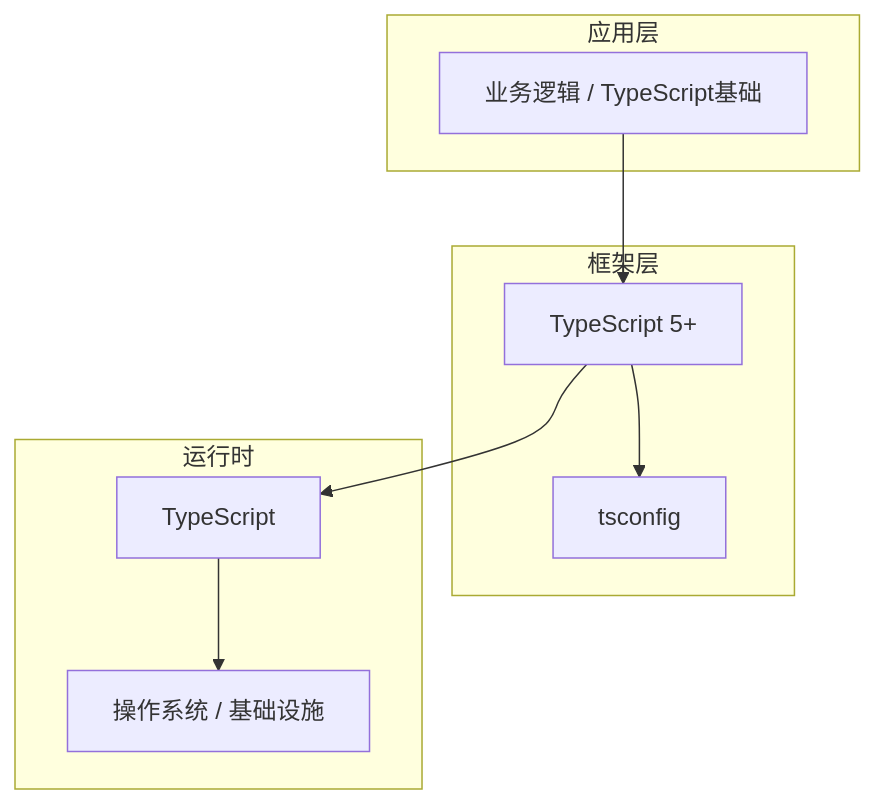
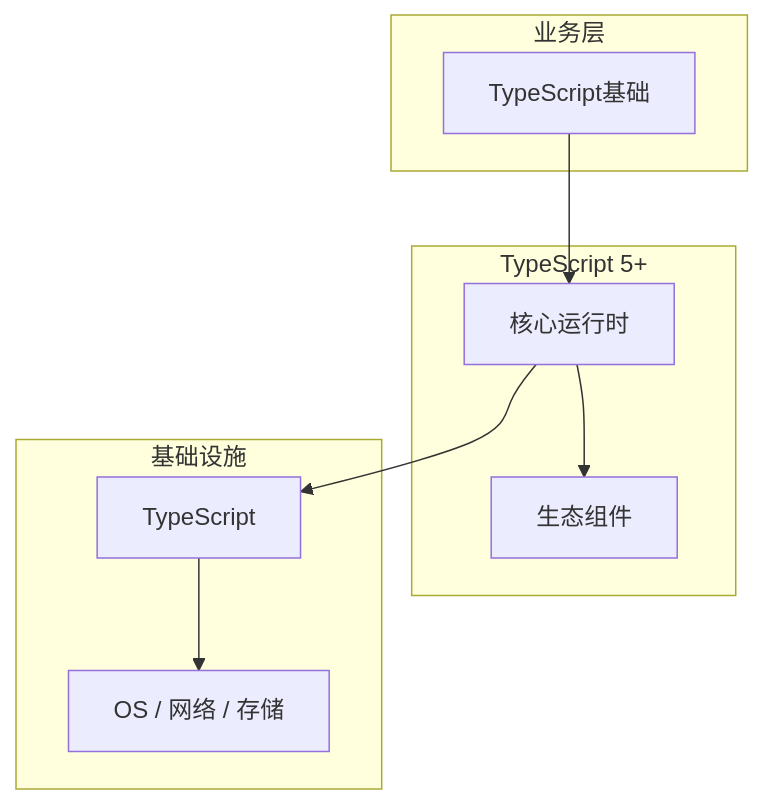
The diagram in articles/TypeScript/chapters/001-TypeScript基础核心概念与原理.md (yanggan2015/knowledge-json-v2), drawn with Mermaid before and after one commit. The commit also changed other lines of this file and 10127 other files, not shown here.

````diff
--- a/articles/TypeScript/chapters/001-TypeScript基础核心概念与原理.md
+++ b/articles/TypeScript/chapters/001-TypeScript基础核心概念与原理.md
@@ -45,18 +34,18 @@
 ```mermaid
 graph TB
-    subgraph 应用层
-        A[业务逻辑 / TypeScript基础]
+    subgraph 业务层
+        A[TypeScript基础]
     end
-    subgraph 框架层
-        B[TypeScript 5+]
-        C[tsconfig]
+    subgraph TypeScript 5+
+        B[核心运行时]
+        C[生态组件]
     end
-    subgraph 运行时
+    subgraph 基础设施
         D[TypeScript]
-        E[操作系统 / 基础设施]
+        E[OS / 网络 / 存储]
     end
     A --> B
     B --> C
     B --> D
     D --> E
 ```
````
